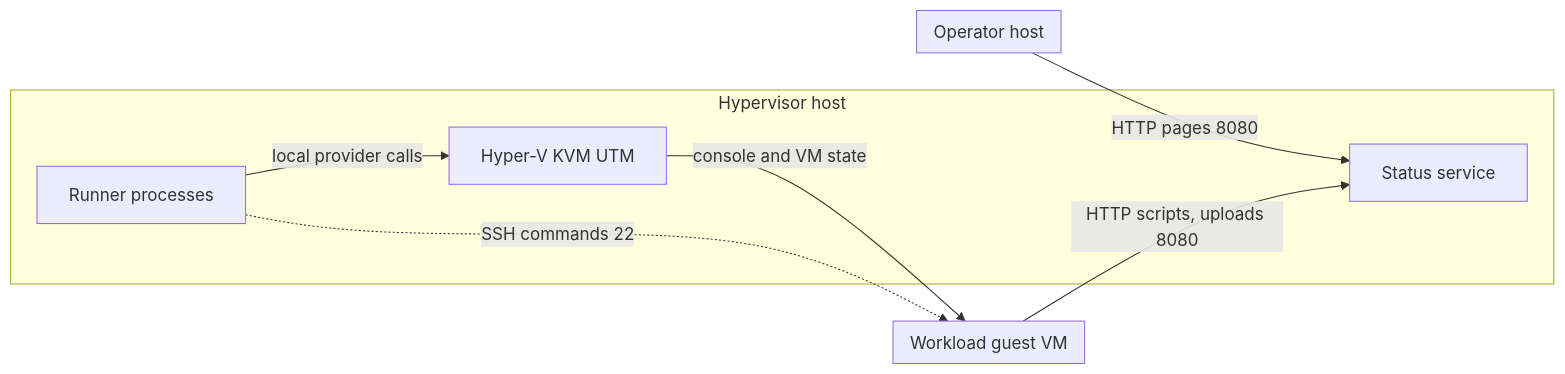
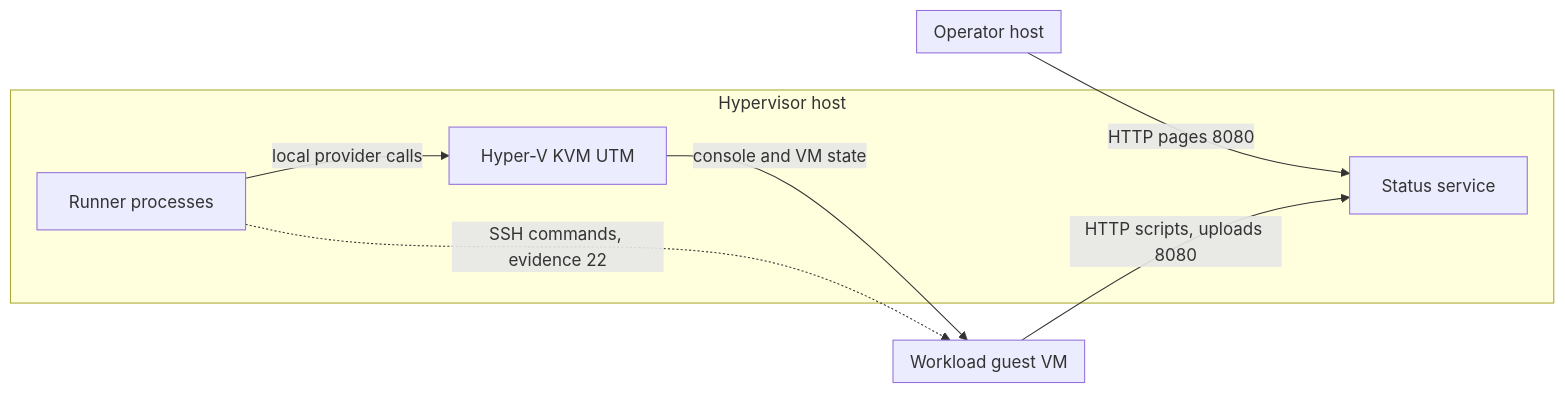
One commit to alissonsol/yuruna changed the first of 9 diagrams in docs/design/06-deployment.md. Above: the diagram before and after it, drawn with Mermaid. The commit also changed other lines of this file and 1366 other files, not shown here.

````diff
--- a/docs/design/06-deployment.md
+++ b/docs/design/06-deployment.md
@@ -14,18 +14,18 @@
 ```mermaid
 flowchart LR
     subgraph operator-host["Operator host"]
     end
     subgraph host["Hypervisor host"]
         start-test-runner-ps1["Runner processes"]
         yuruna-host-psm1["Hyper-V KVM UTM"]
         start-status-service-ps1["Status service"]
     end
     subgraph guest["Workload guest VM"]
     end
     operator-host -->|HTTP pages 8080| start-status-service-ps1
     start-test-runner-ps1 -->|local provider calls| yuruna-host-psm1
     yuruna-host-psm1 -->|console and VM state| guest
-    %% optional: sequences select the SSH keystroke mechanism.
-    start-test-runner-ps1 -.->|SSH commands 22| guest
+    %% optional: SSH sequences, GUI launcher probes, and guest evidence capture.
+    start-test-runner-ps1 -.->|SSH commands, evidence 22| guest
     guest -->|HTTP scripts, uploads 8080| start-status-service-ps1
 ```
````
